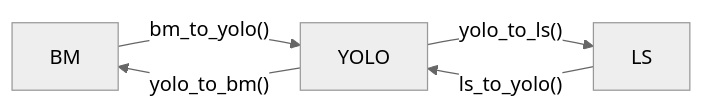
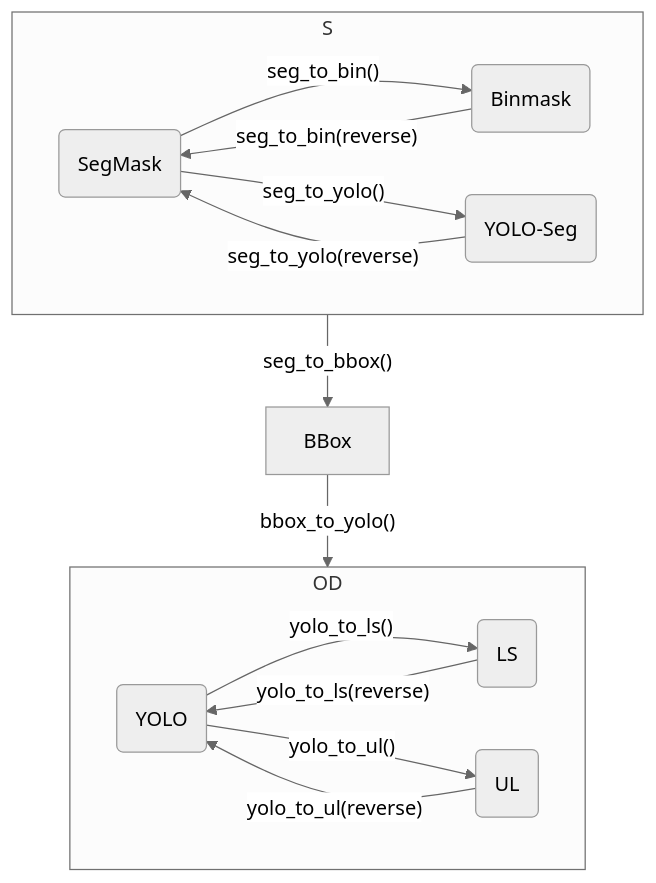
Before and after one commit to ispstiima/AgribotTools: the diagram in README.md, drawn with Mermaid (neutral theme). The commit also changed other lines of this file, not shown here.

````diff
--- a/README.md
+++ b/README.md
@@ -95,5 +202,19 @@
 ```mermaid
-flowchart LR
-    BM -- bm_to_yolo() --> YOLO -- yolo_to_ls() --> LS
-    LS -- ls_to_yolo() --> YOLO -- yolo_to_bm() --> BM
+flowchart TB
+    subgraph S
+        direction LR
+        SM(SegMask) -- seg_to_bin() --> BM(Binmask)
+        BM -- seg_to_bin(reverse) --> SM
+        SM -- seg_to_yolo() --> SY(YOLO-Seg)
+        SY -- seg_to_yolo(reverse) --> SM
+    end
+    subgraph OD
+        direction LR
+        YOLO(YOLO) -- yolo_to_ls() --> LS(LS)
+        LS -- yolo_to_ls(reverse) --> YOLO
+        YOLO -- yolo_to_ul() --> UL(UL)
+        UL -- yolo_to_ul(reverse) --> YOLO
+    end
+    SM -- seg_to_bbox() --> BBox
+    BBox -- bbox_to_yolo() --> YOLO
 ```
````
